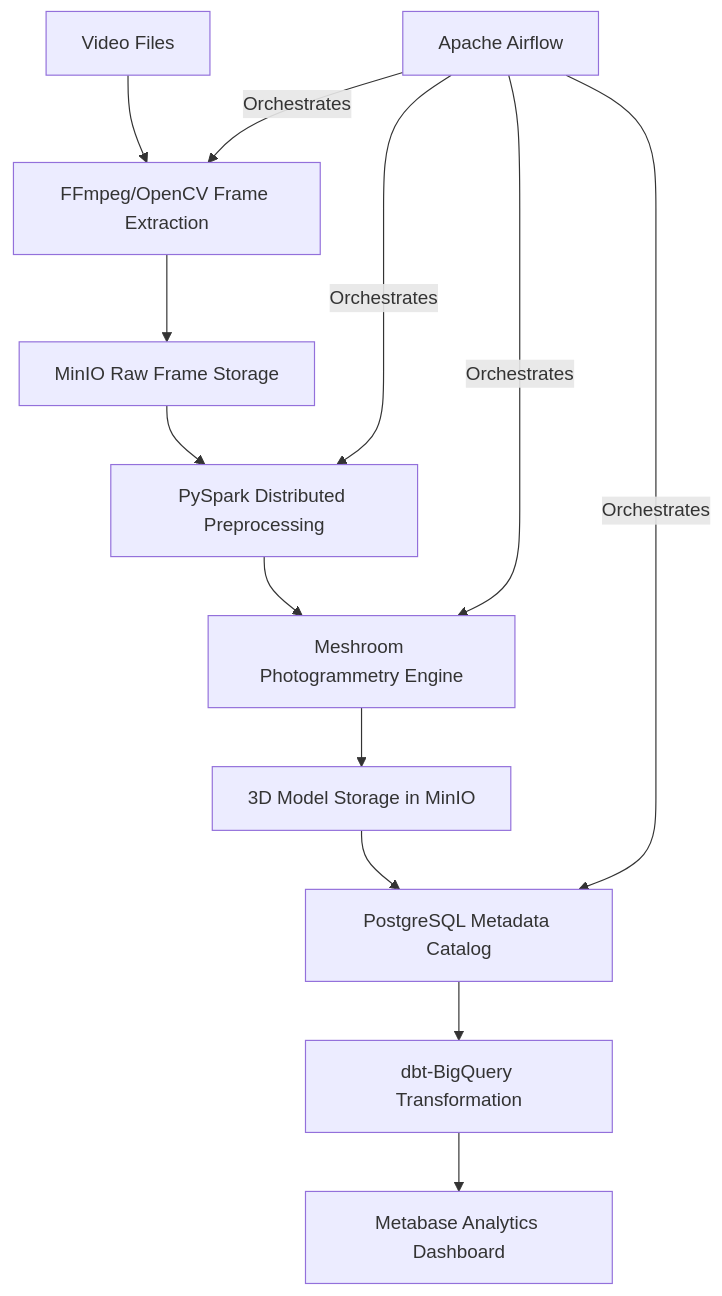
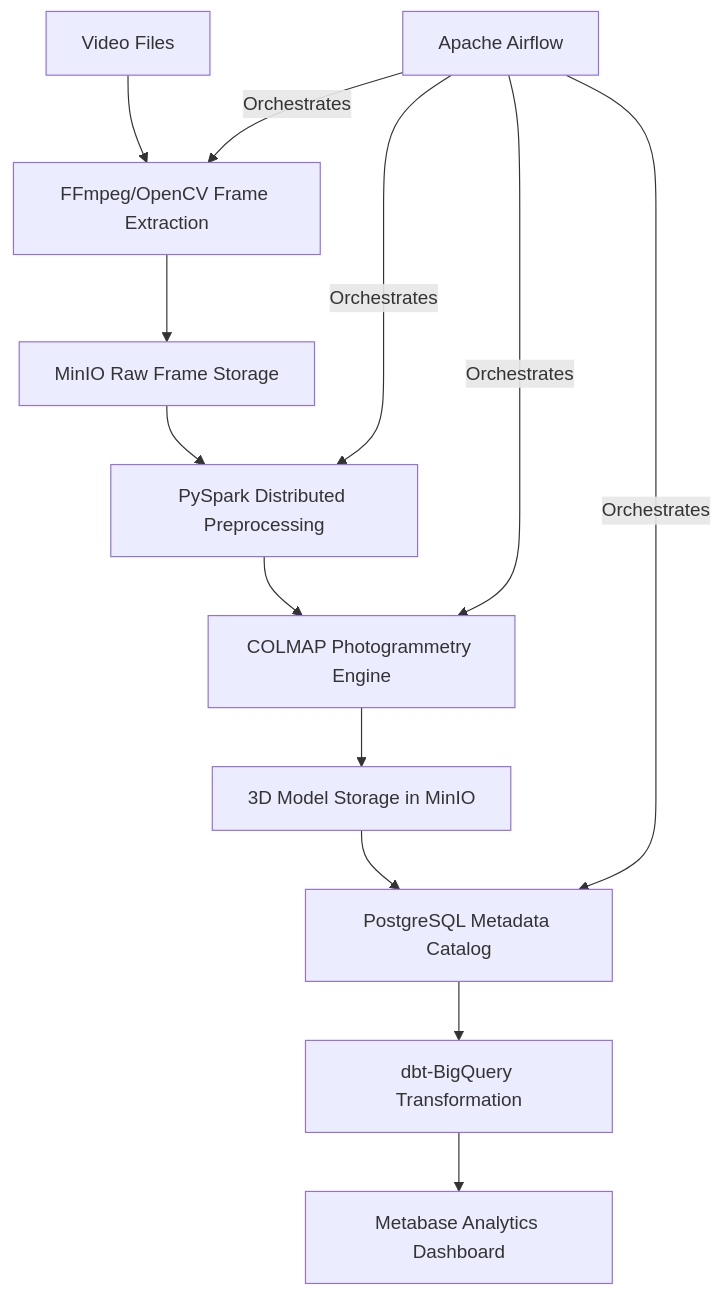
One commit to ahmad-kad/E2EVideoTo3D changed the diagram in README.md. Above: the diagram before and after it, drawn with Mermaid. The commit also changed other lines of this file and 69 other files, not shown here.

````diff
--- a/README.md
+++ b/README.md
@@ -18,12 +19,12 @@
 ```mermaid
 graph TD
 A[Video Files] --> B[FFmpeg/OpenCV Frame Extraction]
 B --> C[MinIO Raw Frame Storage]
 C --> D[PySpark Distributed Preprocessing]
-D --> E[Meshroom Photogrammetry Engine]
+D --> E[COLMAP Photogrammetry Engine]
 E --> F[3D Model Storage in MinIO]
 F --> G[PostgreSQL Metadata Catalog]
 G --> H[dbt-BigQuery Transformation]
 H --> I[Metabase Analytics Dashboard]
 J[Apache Airflow] -->|Orchestrates| B & D & E & G
 ```
````
